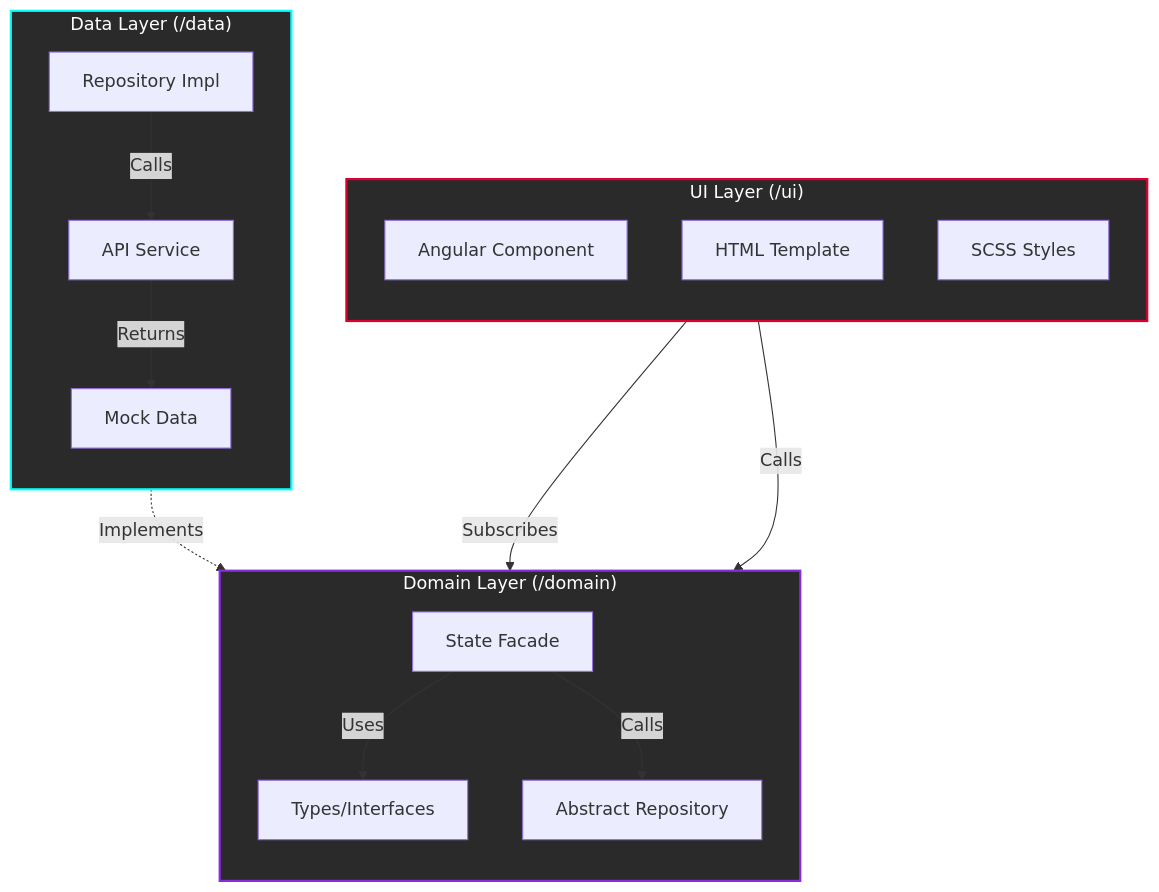
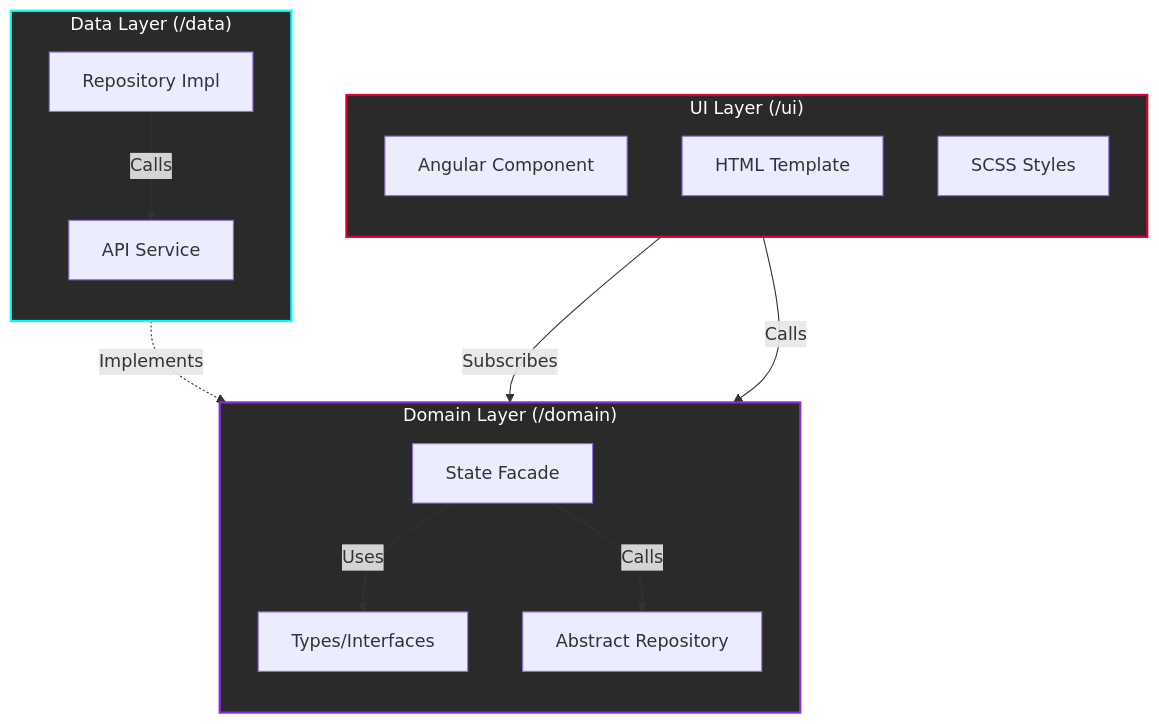
One commit to FIS-Labs/quantumcart-web changed the diagram in README.md. Above: the diagram before and after it, drawn with Mermaid.

````diff
--- a/README.md
+++ b/README.md
@@ -35,35 +35,33 @@
 ```mermaid
 graph TD
     subgraph UI_Layer ["UI Layer (/ui)"]
         direction TB
         Component[Angular Component]
         Template[HTML Template]
         Style[SCSS Styles]
     end
 
     subgraph Domain_Layer ["Domain Layer (/domain)"]
         direction TB
         Facade[State Facade]
         Model[Types/Interfaces]
         RepoAbs[Abstract Repository]
     end
 
     subgraph Data_Layer ["Data Layer (/data)"]
         direction TB
         RepoImpl[Repository Impl]
         Service[API Service]
-        Mock[Mock Data]
     end
 
     Component -->|Subscribes| Facade
     Component -->|Calls| Facade
     Facade -->|Uses| Model
     Facade -->|Calls| RepoAbs
     RepoImpl -.->|Implements| RepoAbs
     RepoImpl -->|Calls| Service
-    Service -->|Returns| Mock
 
     style UI_Layer fill:#2a2a2a,stroke:#dd0031,stroke-width:2px,color:white
     style Domain_Layer fill:#2a2a2a,stroke:#8a2be2,stroke-width:2px,color:white
     style Data_Layer fill:#2a2a2a,stroke:#00ffff,stroke-width:2px,color:white
 ```
````
